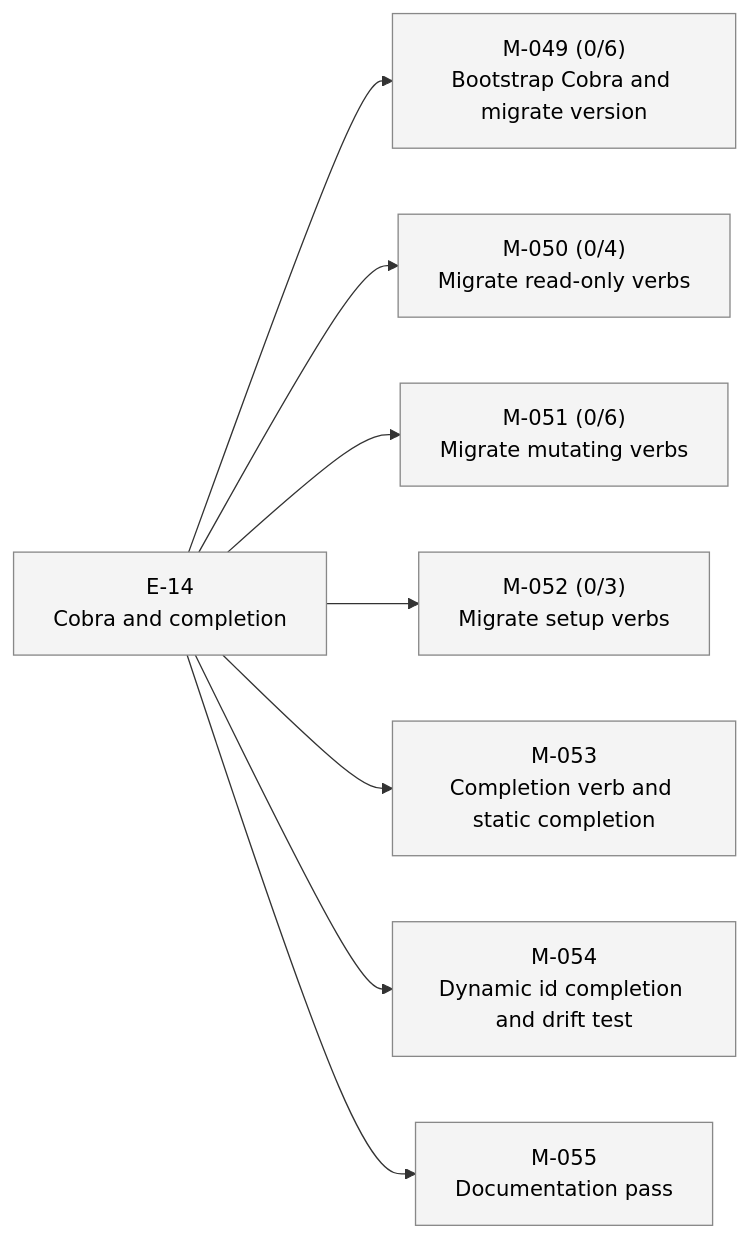
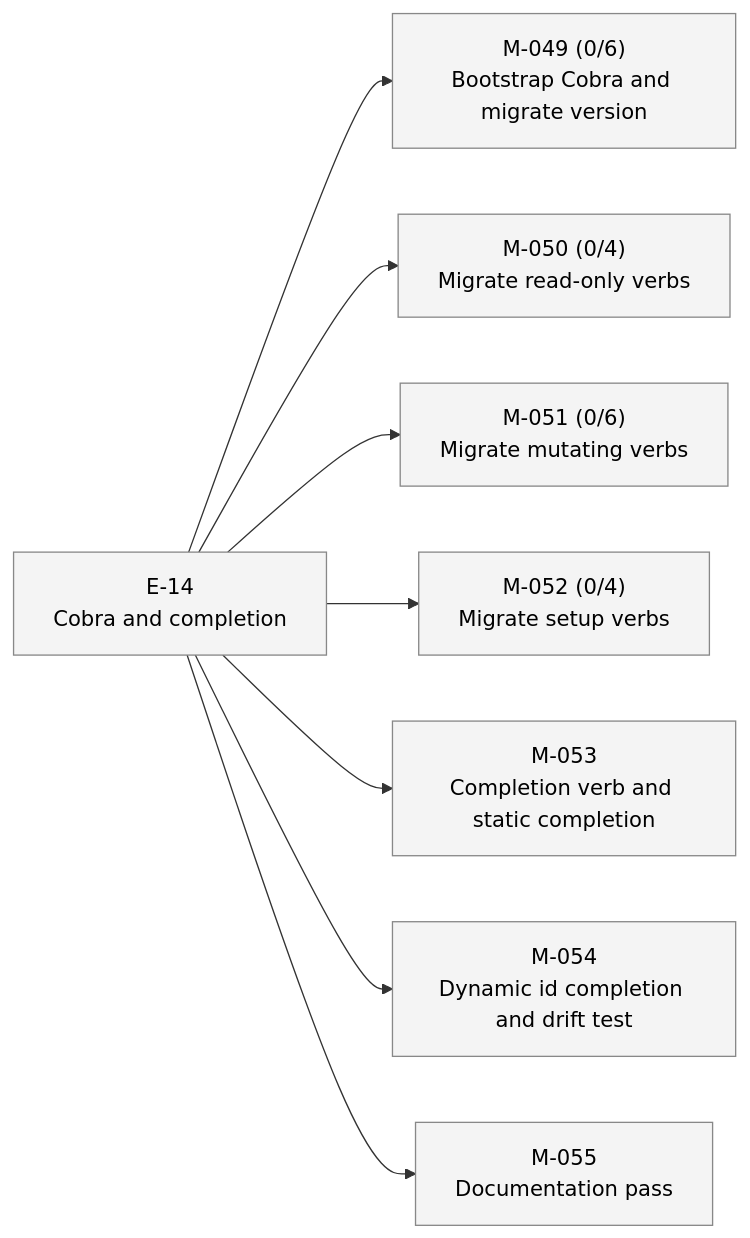
Before and after one commit to 23min/aiwf: the second of 2 diagrams in STATUS.md, drawn with Mermaid. The commit also changed other lines of this file and 1 other file, not shown here.

````diff
--- a/STATUS.md
+++ b/STATUS.md
@@ -38,24 +38,24 @@
 ```mermaid
 flowchart LR
   E_14["E-14<br/>Cobra and completion"]:::epic_proposed
   M_049["M-049 (0/6)<br/>Bootstrap Cobra and migrate version"]:::ms_draft
   E_14 --> M_049
   M_050["M-050 (0/4)<br/>Migrate read-only verbs"]:::ms_draft
   E_14 --> M_050
   M_051["M-051 (0/6)<br/>Migrate mutating verbs"]:::ms_draft
   E_14 --> M_051
-  M_052["M-052 (0/3)<br/>Migrate setup verbs"]:::ms_draft
+  M_052["M-052 (0/4)<br/>Migrate setup verbs"]:::ms_draft
   E_14 --> M_052
   M_053["M-053<br/>Completion verb and static completion"]:::ms_draft
   E_14 --> M_053
   M_054["M-054<br/>Dynamic id completion and drift test"]:::ms_draft
   E_14 --> M_054
   M_055["M-055<br/>Documentation pass"]:::ms_draft
   E_14 --> M_055
   classDef epic_active fill:#d6eaff,stroke:#1a73e8,color:#000
   classDef epic_proposed fill:#f4f4f4,stroke:#888,color:#000
   classDef ms_done fill:#d8f5d8,stroke:#2a8a2a,color:#000
   classDef ms_in_progress fill:#fff3c4,stroke:#caa400,color:#000
   classDef ms_draft fill:#f4f4f4,stroke:#888,color:#000
   classDef ms_cancelled fill:#fbeaea,stroke:#c33,color:#000
 ```
````
